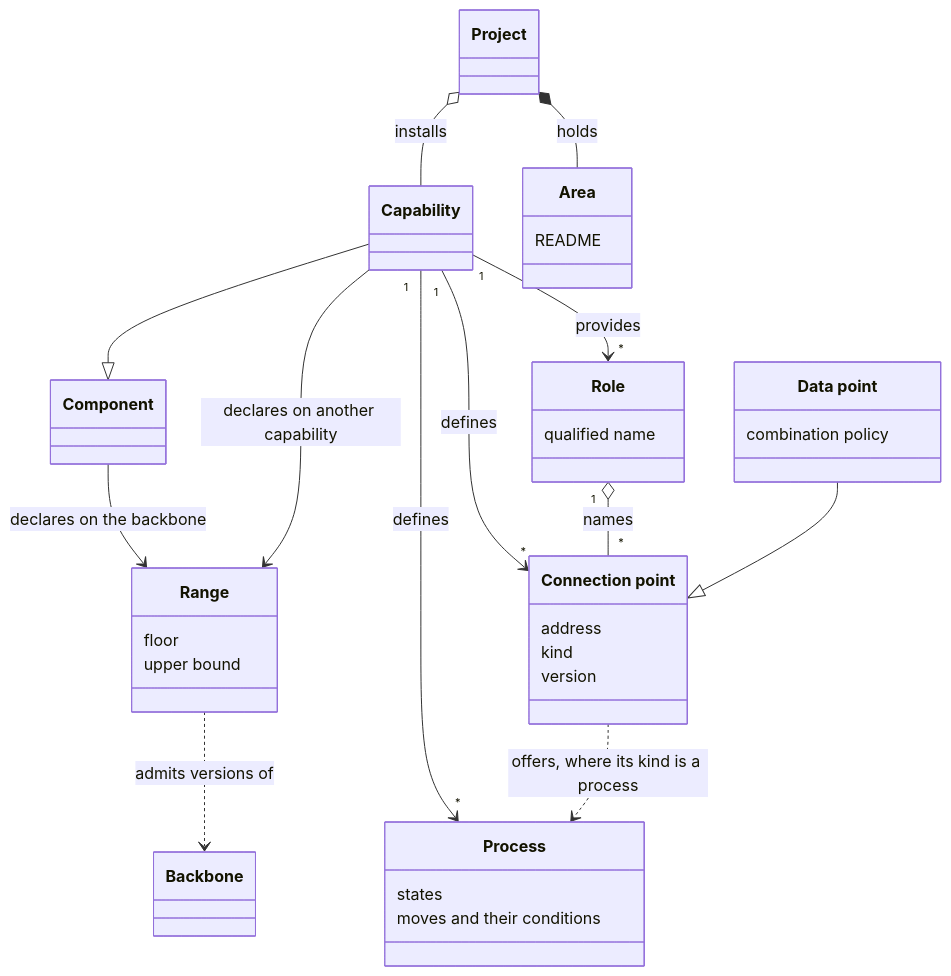
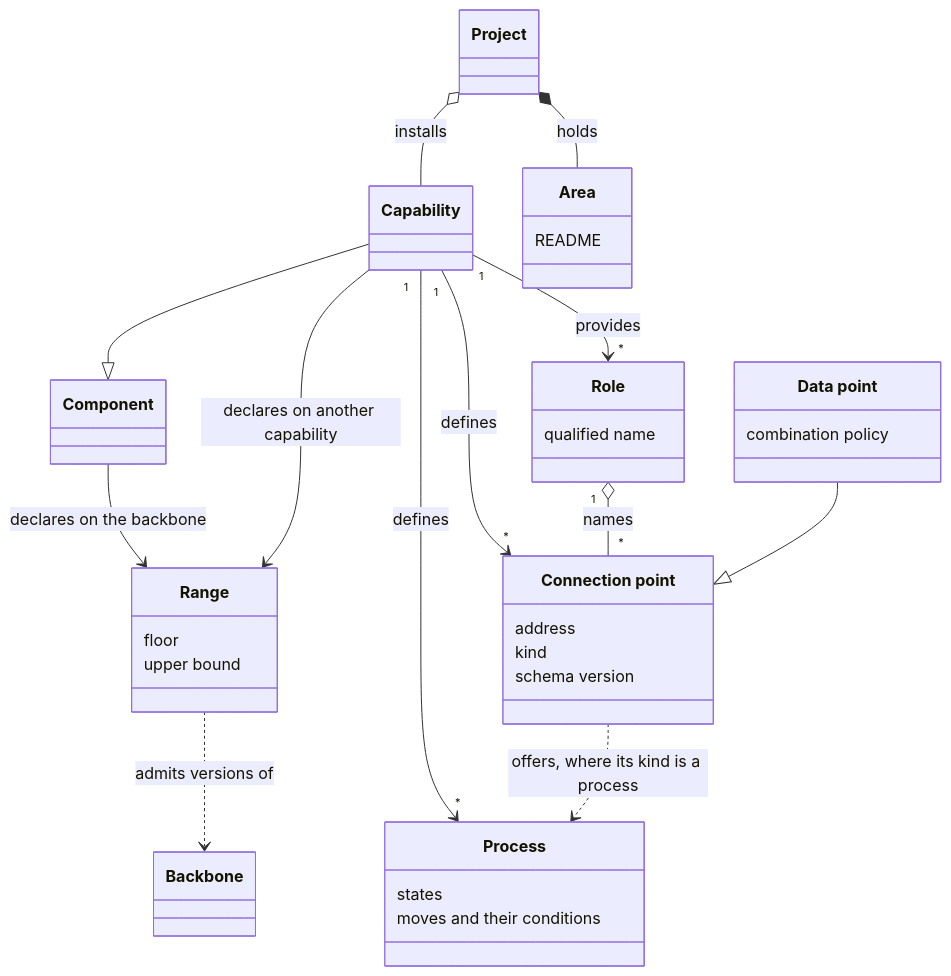
One commit to aleskalfas/project-kit changed the first of 2 diagrams in tech-docs/analysis/core/domain-model/030-capabilities-areas-and-connection-points.md. Above: the diagram before and after it, drawn with Mermaid. The commit also changed other lines of this file and 91 other files, not shown here.

````diff
--- a/tech-docs/analysis/core/domain-model/030-capabilities-areas-and-connection-points.md
+++ b/tech-docs/analysis/core/domain-model/030-capabilities-areas-and-connection-points.md
@@ -50,37 +50,37 @@
 ```mermaid
 classDiagram
   accTitle: Capabilities, areas and connection points
   accDescr: A capability is a component a project chooses to install. A component declares a range on the backbone, and a capability may declare a range on another capability. An area is a slice of a project's .pkit tree that needs no install. A capability provides roles, and under a role it defines connection points, which other components fill, depend on or subscribe to. A data point is the kind of connection point that takes data in. A capability also defines processes, and a connection point may offer one for others to depend on.
   class Component["Component"]
   class Backbone["Backbone"]
   class Project["Project"]
   class Capability["Capability"]
   class Range["Range"]
   Range : floor
   Range : upper bound
   class Area["Area"]
   Area : README
   class ConnectionPoint["Connection point"]
   ConnectionPoint : address
   ConnectionPoint : kind
-  ConnectionPoint : version
+  ConnectionPoint : schema version
   class Role["Role"]
   Role : qualified name
   class DataPoint["Data point"]
   DataPoint : combination policy
   class Process["Process"]
   Process : states
   Process : moves and their conditions
   Capability --|> Component
   Project o-- Capability : installs
   Project *-- Area : holds
   Component --> Range : declares on the backbone
   Capability --> Range : declares on another capability
   Range ..> Backbone : admits versions of
   Capability "1" --> "*" Role : provides
   Capability "1" --> "*" ConnectionPoint : defines
   Role "1" o-- "*" ConnectionPoint : names
   DataPoint --|> ConnectionPoint
   Capability "1" --> "*" Process : defines
   ConnectionPoint ..> Process : offers, where its kind is a process
 ```
````
